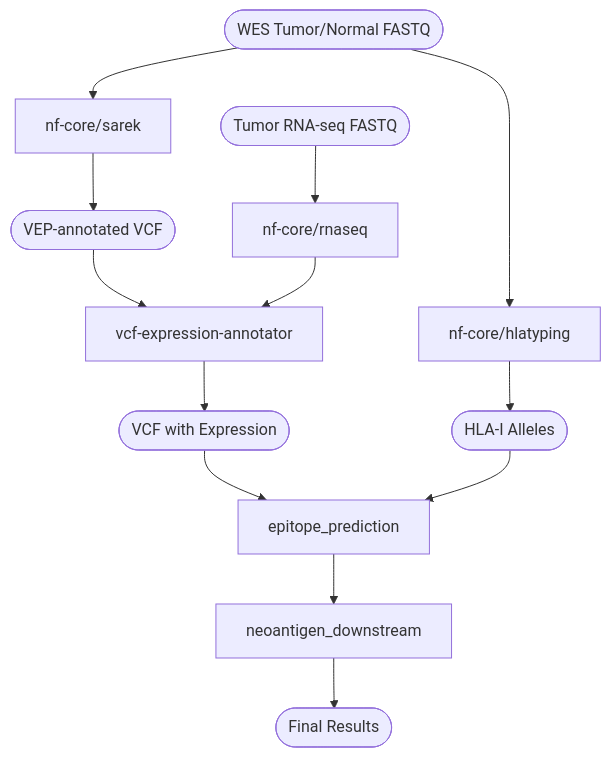
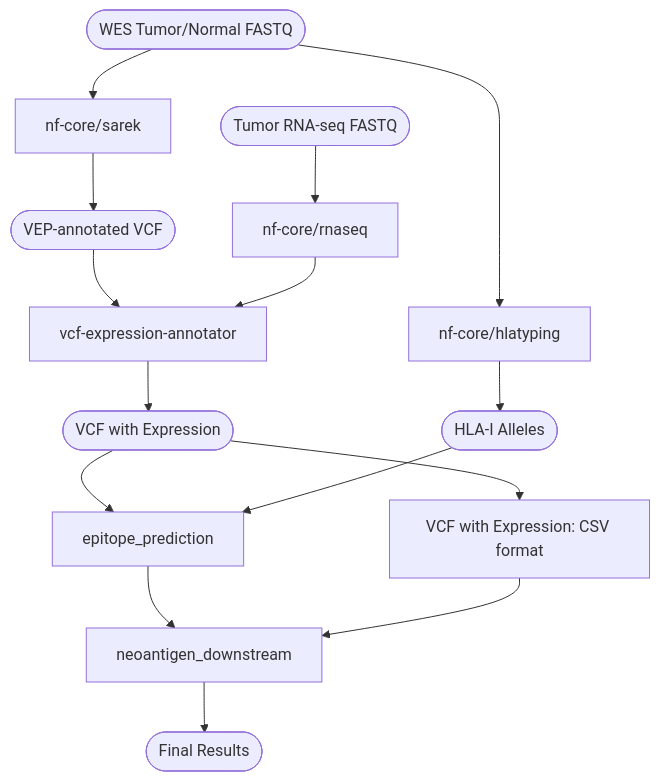
Before and after one commit to tylergross97/neoantigen_prediction_workflow: the diagram in README.md, drawn with Mermaid. The commit also changed 1 other file, not shown here.

Commit message:
Updated mermaid workflow

````diff
--- a/README.md
+++ b/README.md
@@ -25,15 +25,17 @@
 ```mermaid
 flowchart TD
     wes_fastq([WES Tumor/Normal FASTQ]) --> sarek[nf-core/sarek]
     sarek --> vep_vcf([VEP-annotated VCF])
     rnaseq_fastq([Tumor RNA-seq FASTQ]) --> rnaseq[nf-core/rnaseq]
     vep_vcf --> expr_annotator[vcf-expression-annotator]
     rnaseq --> expr_annotator
     expr_annotator --> expr_vcf([VCF with Expression])
     wes_fastq --> hlatyping[nf-core/hlatyping]
     hlatyping --> hla_alleles([HLA-I Alleles])
     expr_vcf --> epipred[epitope_prediction]
+    expr_vcf --> expr_vcf_csv[VCF with Expression: CSV format]
     hla_alleles --> epipred
     epipred --> downstream[neoantigen_downstream]
+    expr_vcf_csv --> downstream
     downstream --> final([Final Results])
 ```
````
